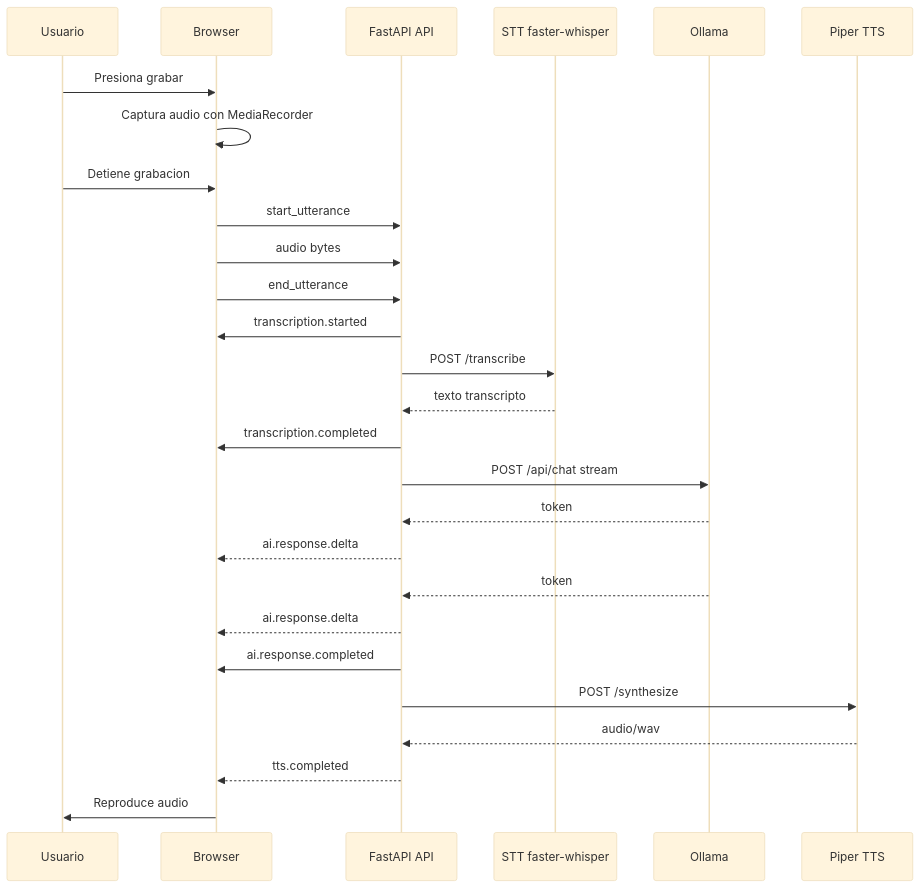
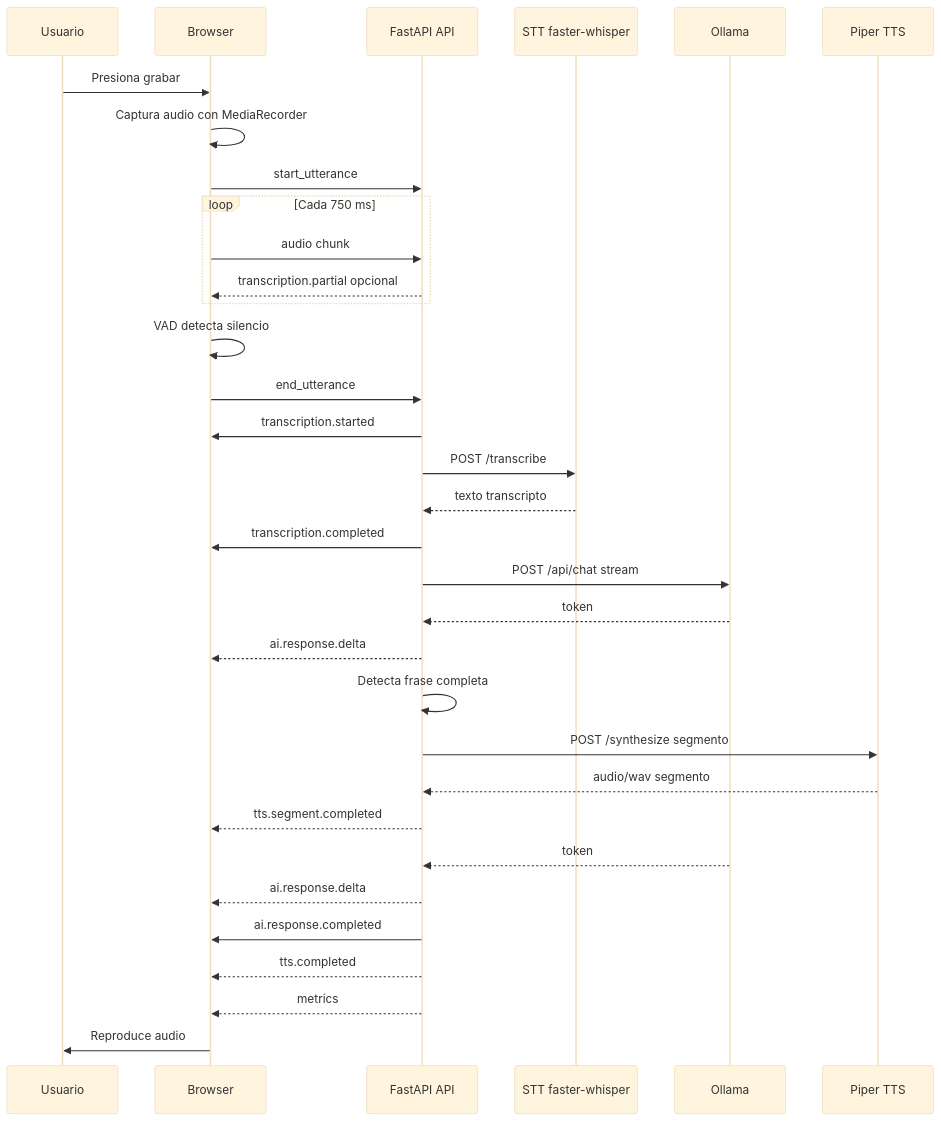
Before and after one commit to erdrako/voice-ai-streaming-trainer: the second of 5 diagrams in docs/diagrams.md, drawn with Mermaid (base theme). The commit also changed other lines of this file and 18 other files, not shown here.

````diff
--- a/docs/diagrams.md
+++ b/docs/diagrams.md
@@ -19,30 +21,36 @@
 ```mermaid
 sequenceDiagram
     participant U as Usuario
     participant B as Browser
     participant A as FastAPI API
     participant S as STT faster-whisper
     participant O as Ollama
     participant T as Piper TTS
 
     U->>B: Presiona grabar
     B->>B: Captura audio con MediaRecorder
-    U->>B: Detiene grabacion
     B->>A: start_utterance
-    B->>A: audio bytes
+    loop Cada 750 ms
+        B->>A: audio chunk
+        A-->>B: transcription.partial opcional
+    end
+    B->>B: VAD detecta silencio
     B->>A: end_utterance
     A->>B: transcription.started
     A->>S: POST /transcribe
     S-->>A: texto transcripto
     A->>B: transcription.completed
     A->>O: POST /api/chat stream
     O-->>A: token
     A-->>B: ai.response.delta
+    A->>A: Detecta frase completa
+    A->>T: POST /synthesize segmento
+    T-->>A: audio/wav segmento
+    A-->>B: tts.segment.completed
     O-->>A: token
     A-->>B: ai.response.delta
     A->>B: ai.response.completed
-    A->>T: POST /synthesize
-    T-->>A: audio/wav
     A-->>B: tts.completed
+    A-->>B: metrics
     B->>U: Reproduce audio
 ```
````
